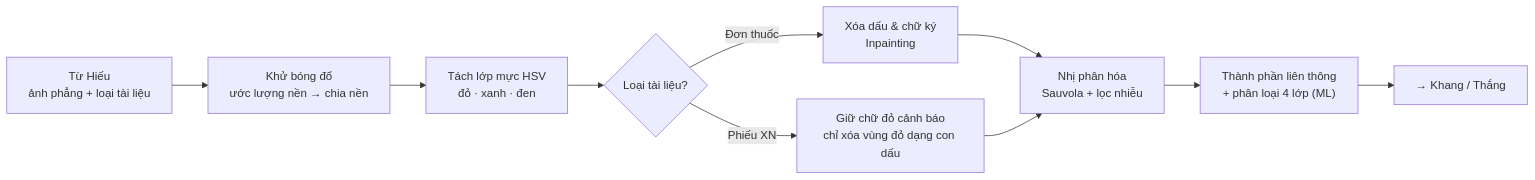
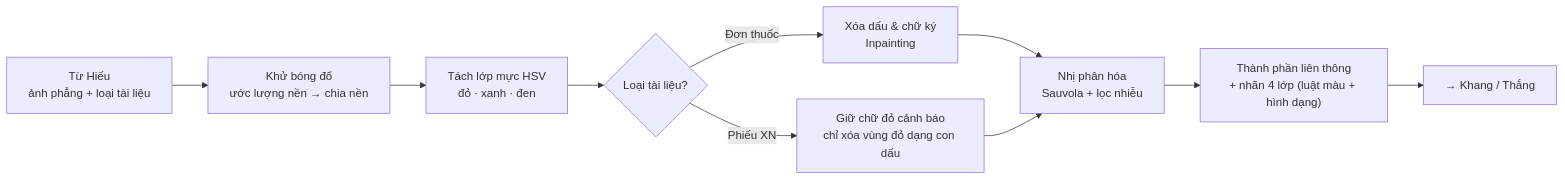
Before and after one commit to KhangDaoz/dip: the diagram in team/KeHoach_Truong.md, drawn with Mermaid. The commit also changed other lines of this file and 151 other files, not shown here.

````diff
--- a/team/KeHoach_Truong.md
+++ b/team/KeHoach_Truong.md
@@ -20,12 +17,12 @@
 ```mermaid
 flowchart LR
     H["Từ Hiếu<br>ảnh phẳng + loại tài liệu"] --> S["Khử bóng đổ<br>ước lượng nền → chia nền"]
     S --> M["Tách lớp mực HSV<br>đỏ · xanh · đen"]
     M --> R{"Loại tài liệu?"}
     R -->|Đơn thuốc| I["Xóa dấu & chữ ký<br>Inpainting"]
     R -->|Phiếu XN| K["Giữ chữ đỏ cảnh báo<br>chỉ xóa vùng đỏ dạng con dấu"]
     I --> B["Nhị phân hóa<br>Sauvola + lọc nhiễu"]
     K --> B
-    B --> C["Thành phần liên thông<br>+ phân loại 4 lớp (ML)"]
+    B --> C["Thành phần liên thông<br>+ nhãn 4 lớp (luật màu + hình dạng)"]
     C --> O["→ Khang / Thắng"]
 ```
````
